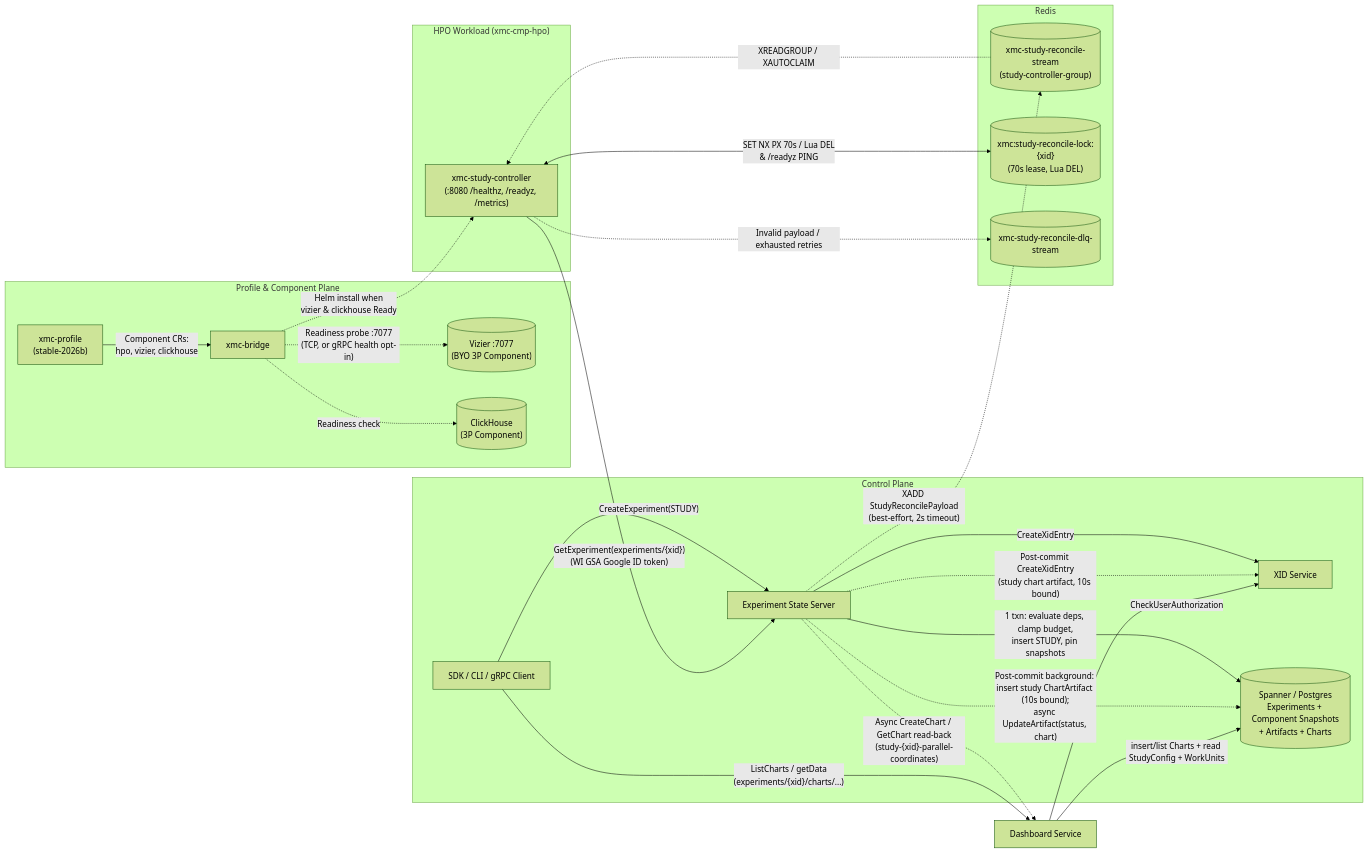
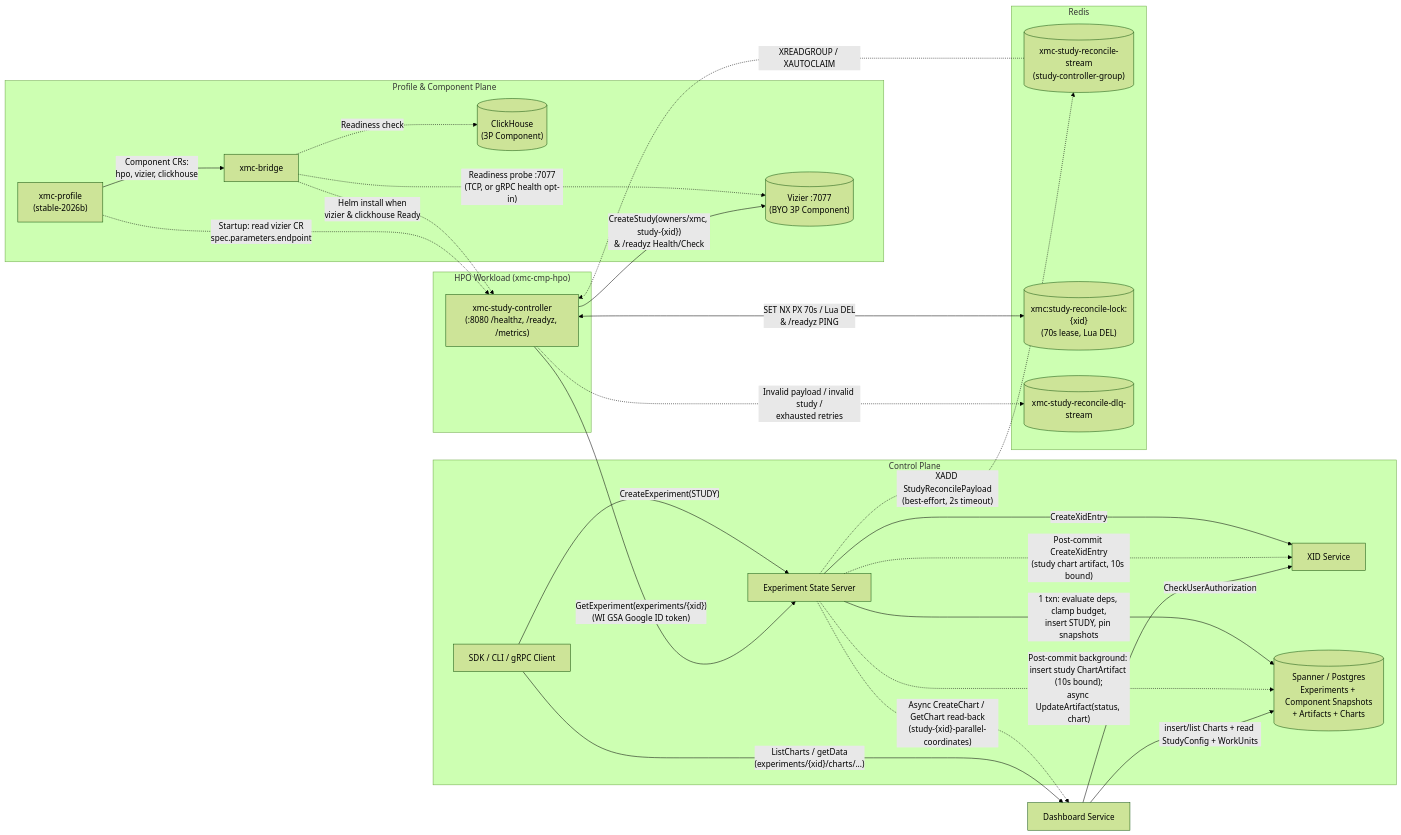
Before and after one commit to google/xmc: the first of 3 diagrams in docs/flows/study_lifecycle.md, drawn with Mermaid (forest theme). The commit also changed other lines of this file and 21 other files, not shown here.

First line of the commit message:
feat(study-controller): register studies in OSS Vizier (#1790)

````diff
--- a/docs/flows/study_lifecycle.md
+++ b/docs/flows/study_lifecycle.md
@@ -29,50 +32,52 @@
 ```mermaid
 flowchart LR
     subgraph Admin["Profile & Component Plane"]
         Prof["xmc-profile<br/>(stable-2026b)"]
         Bridge["xmc-bridge"]
         Viz[("Vizier :7077<br/>(BYO 3P Component)")]
         CH[("ClickHouse<br/>(3P Component)")]
     end
 
     subgraph Control["Control Plane"]
         Client["SDK / CLI / gRPC Client"]
         ESS["Experiment State Server"]
         XID["XID Service"]
         DB[("Spanner / Postgres<br/>Experiments + Component Snapshots<br/>+ Artifacts + Charts")]
     end
 
     subgraph Bus["Redis"]
         Stream[("xmc-study-reconcile-stream<br/>(study-controller-group)")]
         Lock[("xmc:study-reconcile-lock:{xid}<br/>(70s lease, Lua DEL)")]
         DLQ[("xmc-study-reconcile-dlq-stream")]
     end
 
     subgraph HPO["HPO Workload (xmc-cmp-hpo)"]
         SC["xmc-study-controller<br/>(:8080 /healthz, /readyz, /metrics)"]
     end
 
     DS["Dashboard Service"]
 
     Prof -->|"Component CRs:<br/>hpo, vizier, clickhouse"| Bridge
     Bridge -.->|"Readiness probe :7077<br/>(TCP, or gRPC health opt-in)"| Viz
     Bridge -.->|"Readiness check"| CH
     Bridge -.->|"Helm install when<br/>vizier & clickhouse Ready"| SC
+    Prof -.->|"Startup: read vizier CR<br/>spec.parameters.endpoint"| SC
 
     Client -->|"CreateExperiment(STUDY)"| ESS
     ESS -->|"CreateXidEntry"| XID
     ESS -->|"1 txn: evaluate deps, clamp budget,<br/>insert STUDY, pin snapshots"| DB
     ESS -.->|"XADD StudyReconcilePayload<br/>(best-effort, 2s timeout)"| Stream
     ESS -.->|"Post-commit CreateXidEntry<br/>(study chart artifact, 10s bound)"| XID
     ESS -.->|"Post-commit background: insert study ChartArtifact (10s bound);<br/>async UpdateArtifact(status, chart)"| DB
     ESS -.->|"Async CreateChart / GetChart read-back<br/>(study-{xid}-parallel-coordinates)"| DS
 
     Stream -.->|"XREADGROUP / XAUTOCLAIM"| SC
     SC <-->|"SET NX PX 70s / Lua DEL<br/>& /readyz PING"| Lock
     SC -->|"GetExperiment(experiments/{xid})<br/>(WI GSA Google ID token)"| ESS
-    SC -.->|"Invalid payload / exhausted retries"| DLQ
+    SC -->|"CreateStudy(owners/xmc, study-{xid})<br/>& /readyz Health/Check"| Viz
+    SC -.->|"Invalid payload / invalid study /<br/>exhausted retries"| DLQ
 
     Client -->|"ListCharts / getData<br/>(experiments/{xid}/charts/...)"| DS
     DS -->|"CheckUserAuthorization"| XID
     DS -->|"insert/list Charts + read StudyConfig + WorkUnits"| DB
 ```
````
